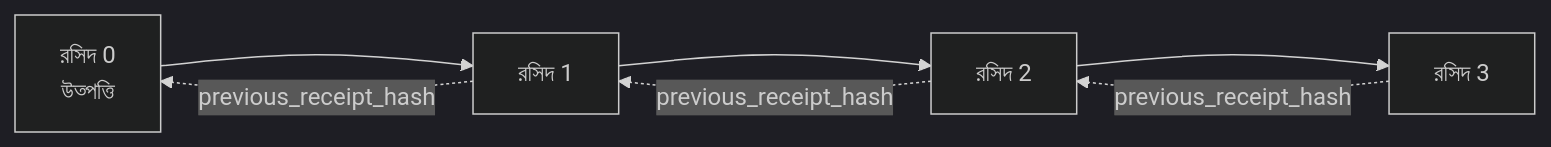
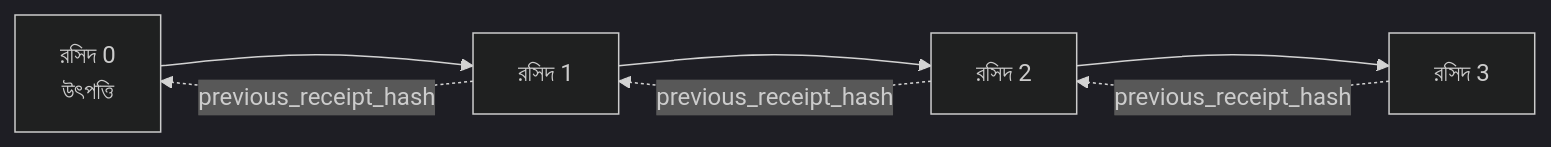
Before and after one commit to gabrielmoreira/agent-skills-mirror: the second of 2 diagrams in mirrors/repos/microsoft@ai-agents-for-beginners/translations/bn/18-securing-ai-agents/README.md, drawn with Mermaid (dark theme). The commit also changed other lines of this file and 8886 other files, not shown here.

````diff
--- a/mirrors/repos/microsoft@ai-agents-for-beginners/translations/bn/18-securing-ai-agents/README.md
+++ b/mirrors/repos/microsoft@ai-agents-for-beginners/translations/bn/18-securing-ai-agents/README.md
@@ -206,9 +206,9 @@
 ```mermaid
 flowchart LR
-    R0[রসিদ 0<br/>উত্পত্তি] --> R1[রসিদ 1]
+    R0[রসিদ 0<br/>উৎপত্তি] --> R1[রসিদ 1]
     R1 --> R2[রসিদ 2]
     R2 --> R3[রসিদ 3]
     R1 -. previous_receipt_hash .-> R0
     R2 -. previous_receipt_hash .-> R1
     R3 -. previous_receipt_hash .-> R2
 ```
````
